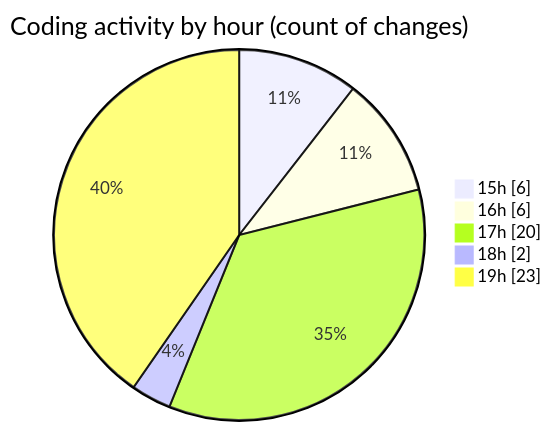
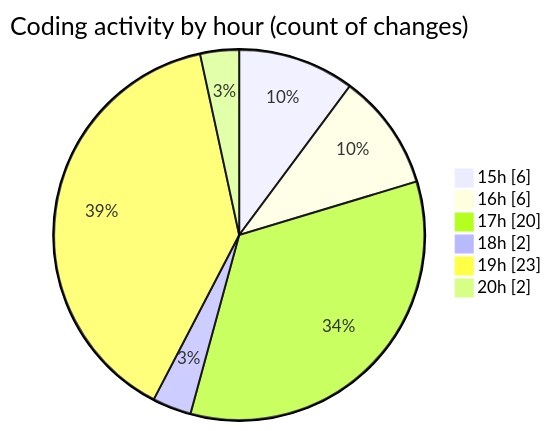
Before and after one commit to momahboobian/code-tracking: the second of 2 diagrams in 2025-03-25/samplepdf/README.md, drawn with Mermaid. The commit also changed other lines of this file and 1 other file, not shown here.

````diff
--- a/2025-03-25/samplepdf/README.md
+++ b/2025-03-25/samplepdf/README.md
@@ -32,9 +33,10 @@
 ```mermaid
 pie showData
 title Coding activity by hour (count of changes)
 "15h" : 6
 "16h" : 6
 "17h" : 20
 "18h" : 2
 "19h" : 23
+"20h" : 2
 ```
````
